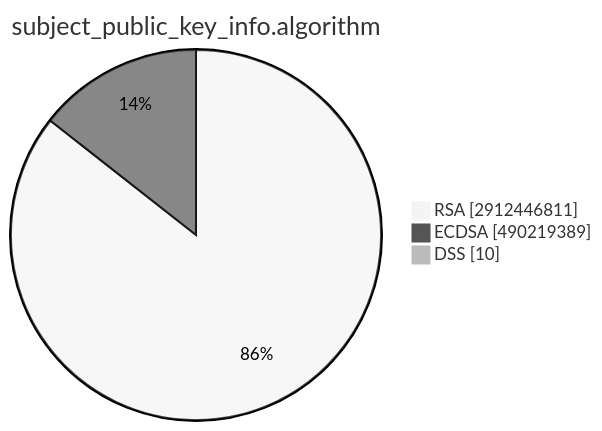
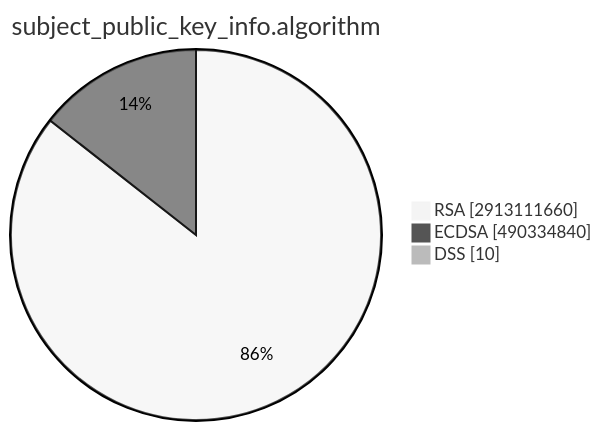
Before and after one commit to christiankrug/ctmonitor_visualization: the second of 15 diagrams in TOTAL/README.md, drawn with Mermaid (neutral theme). The commit also changed other lines of this file, not shown here.

````diff
--- a/TOTAL/README.md
+++ b/TOTAL/README.md
@@ -6,7 +6,7 @@
 ```mermaid
 pie showData
 title subject_public_key_info.algorithm
-"RSA" :2912446811
-"ECDSA" :490219389
+"RSA" :2913111660
+"ECDSA" :490334840
 "DSS" :10
 ```
````
